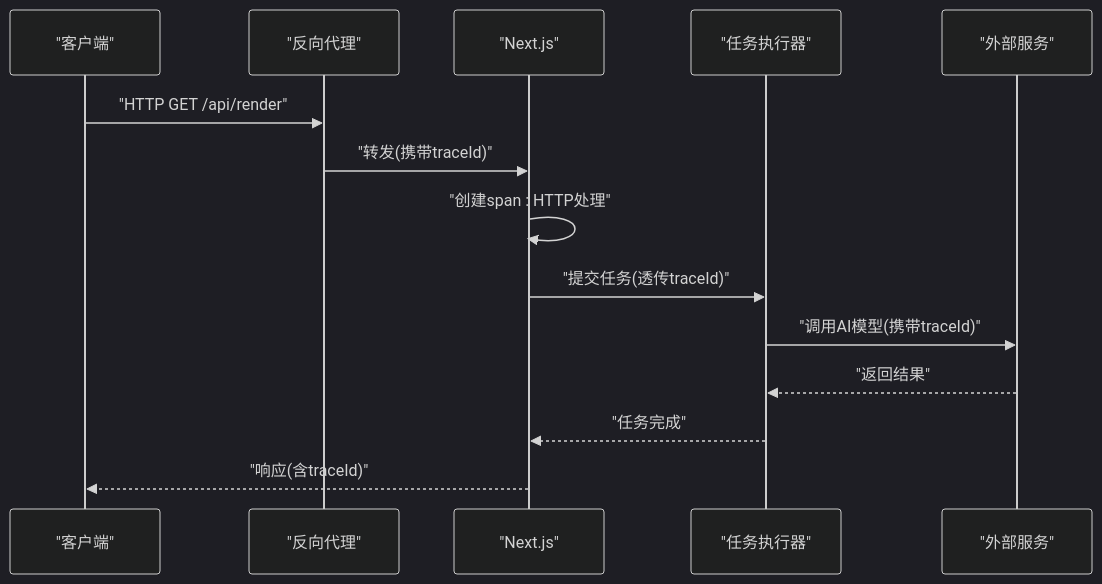
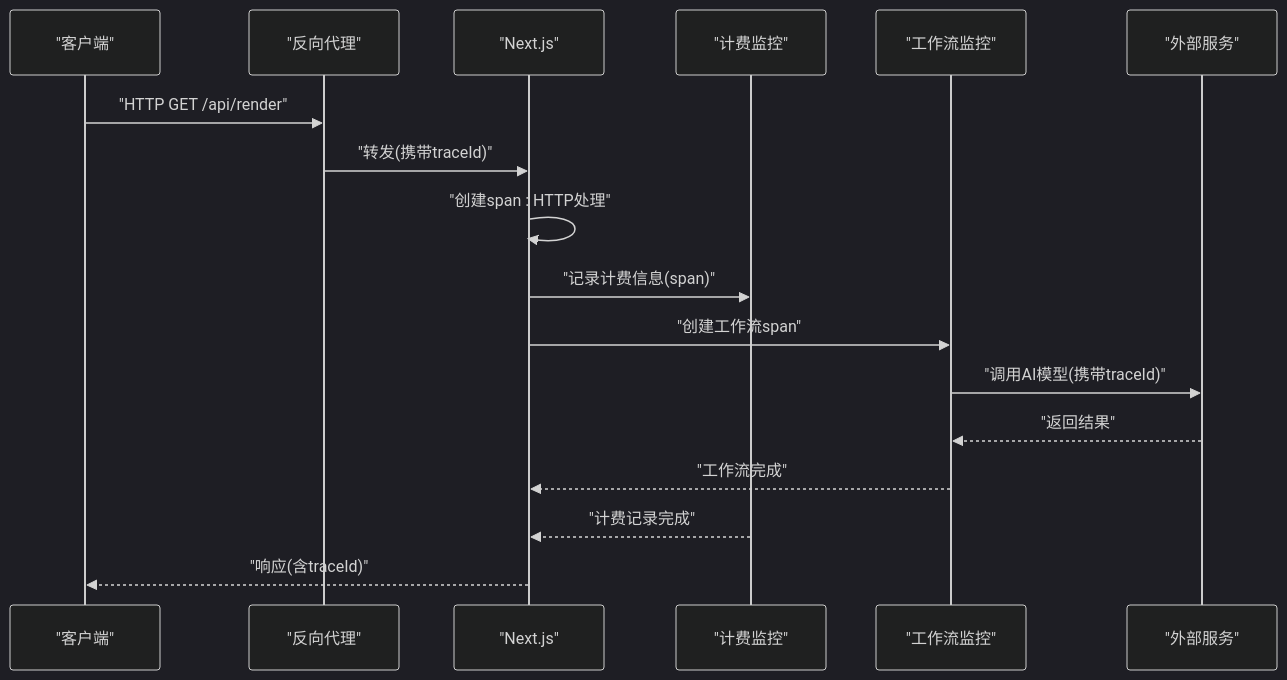
Before and after one commit to scottcwy/PurpleInk: the fifth of 9 diagrams in .qoder/repowiki/zh/content/部署指南/监控与日志管理/监控与日志管理.md, drawn with Mermaid (dark theme). The commit also changed other lines of this file and 23 other files, not shown here.

````diff
--- a/.qoder/repowiki/zh/content/部署指南/监控与日志管理/监控与日志管理.md
+++ b/.qoder/repowiki/zh/content/部署指南/监控与日志管理/监控与日志管理.md
@@ -210,16 +276,19 @@
 ```mermaid
 sequenceDiagram
 participant C as "客户端"
 participant P as "反向代理"
 participant N as "Next.js"
-participant W as "任务执行器"
+participant B as "计费监控"
+participant W as "工作流监控"
 participant S as "外部服务"
 C->>P : "HTTP GET /api/render"
 P->>N : "转发(携带traceId)"
 N->>N : "创建span : HTTP处理"
-N->>W : "提交任务(透传traceId)"
+N->>B : "记录计费信息(span)"
+N->>W : "创建工作流span"
 W->>S : "调用AI模型(携带traceId)"
 S-->>W : "返回结果"
-W-->>N : "任务完成"
+W-->>N : "工作流完成"
+B-->>N : "计费记录完成"
 N-->>C : "响应(含traceId)"
 ```
````
